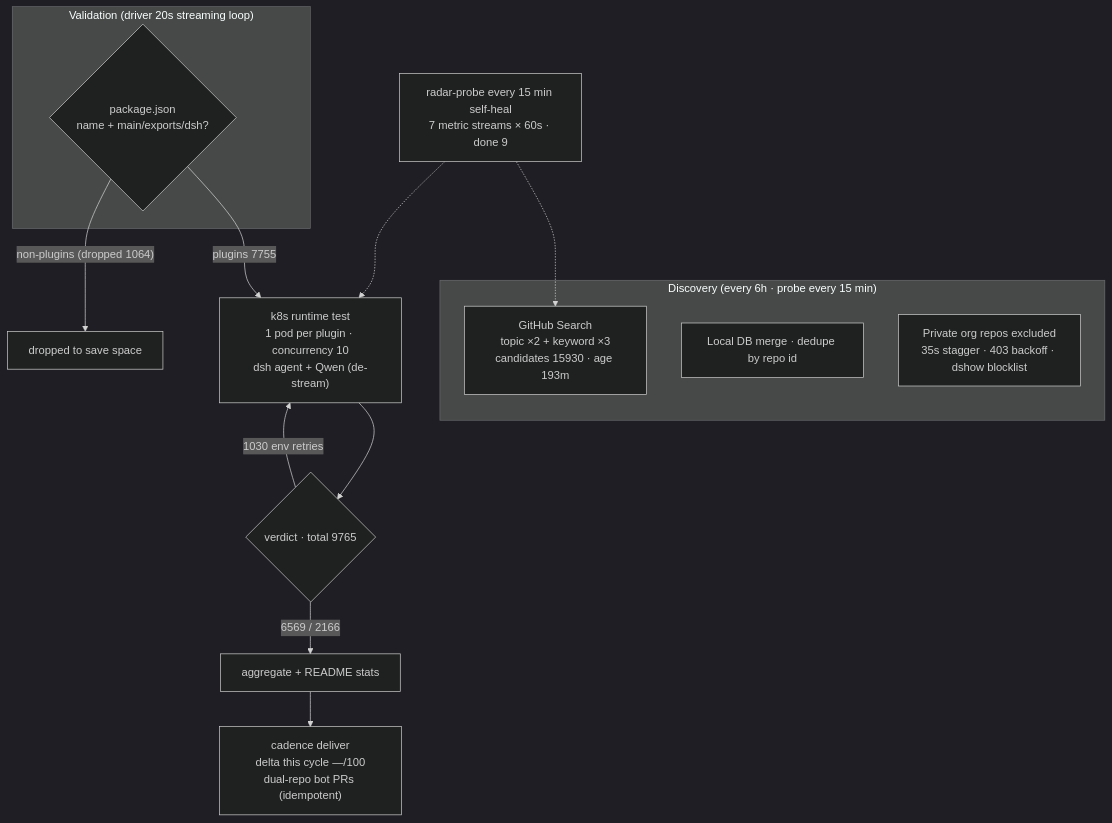
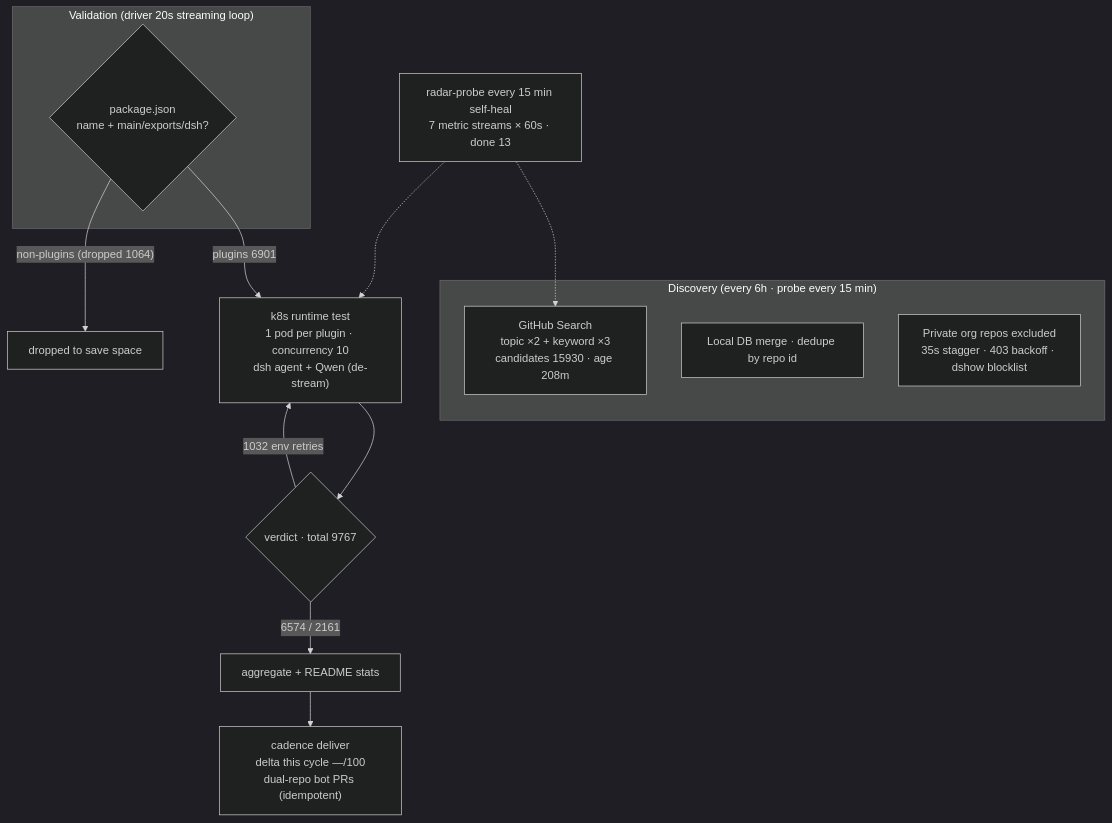
One commit to AdamPlatin123/awesome-dsh-plugins changed the diagram in README.en-US.md. Above: the diagram before and after it, drawn with Mermaid (dark theme). The commit also changed other lines of this file and 4 other files, not shown here.

````diff
--- a/README.en-US.md
+++ b/README.en-US.md
@@ -30,20 +30,20 @@
 ```mermaid
 flowchart TB
     subgraph Discovery["Discovery (every 6h · probe every 15 min)"]
-        A1["GitHub Search<br/>topic ×2 + keyword ×3<br/>candidates 15930 · age 193m"]
+        A1["GitHub Search<br/>topic ×2 + keyword ×3<br/>candidates 15930 · age 208m"]
         A2["Local DB merge · dedupe by repo id"]
         A3["Private org repos excluded<br/>35s stagger · 403 backoff · dshow blocklist"]
     end
     subgraph Validation["Validation (driver 20s streaming loop)"]
         B1{"package.json<br/>name + main/exports/dsh?"}
     end
-    B1 -->|"plugins 7755"| C1["k8s runtime test<br/>1 pod per plugin · concurrency 10<br/>dsh agent + Qwen (de-stream)"]
+    B1 -->|"plugins 6901"| C1["k8s runtime test<br/>1 pod per plugin · concurrency 10<br/>dsh agent + Qwen (de-stream)"]
     B1 -->|"non-plugins (dropped 1064)"| B3["dropped to save space"]
-    C1 --> D1{"verdict · total 9765"}
-    D1 -->|"6569 / 2166"| E1["aggregate + README stats"]
-    D1 -->|"1030 env retries"| C1
+    C1 --> D1{"verdict · total 9767"}
+    D1 -->|"6574 / 2161"| E1["aggregate + README stats"]
+    D1 -->|"1032 env retries"| C1
     E1 --> E2["cadence deliver<br/>delta this cycle —/100<br/>dual-repo bot PRs (idempotent)"]
-    M["radar-probe every 15 min self-heal<br/>7 metric streams × 60s · done 9"]
+    M["radar-probe every 15 min self-heal<br/>7 metric streams × 60s · done 13"]
     M -.-> A1
     M -.-> C1
 ```
````
